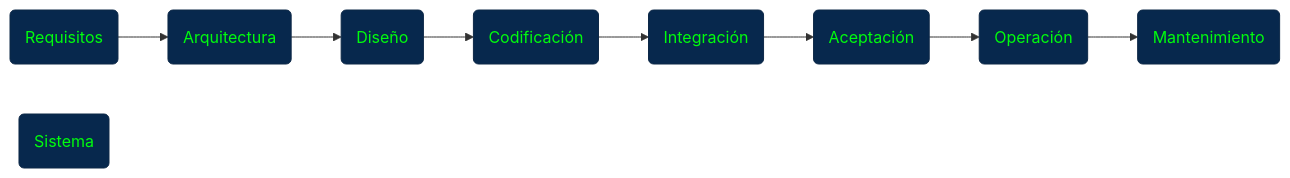
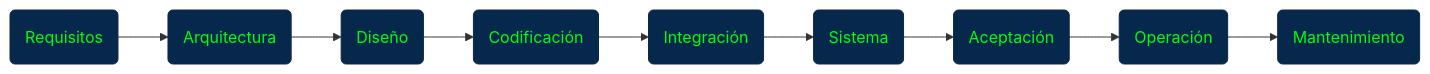
Before and after one commit to JhalexR/learning-journey: diagram 18 of 22 in Knowledge Base/1 Fundamentos Esenciales/3. Conceptos Intermedios/40 - 49/49 Testing y Calidad del Código.md, drawn with Mermaid. The commit also changed other lines of this file, not shown here.

````diff
--- a/Knowledge Base/1 Fundamentos Esenciales/3. Conceptos Intermedios/40 - 49/49 Testing y Calidad del Código.md
+++ b/Knowledge Base/1 Fundamentos Esenciales/3. Conceptos Intermedios/40 - 49/49 Testing y Calidad del Código.md
@@ -1105,26 +1107,26 @@
 ```mermaid
 
 flowchart LR
 
 A(Requisitos)
 B(Arquitectura)
 C(Diseño)
 D(Codificación)
 E(Integración)
 F(Sistema)
 G(Aceptación)
 H(Operación)
 I(Mantenimiento)
 
-A --> B --> C --> D --> E --> G --> H --> I
+A --> B --> C --> D --> E --> F --> G --> H --> I
 
 style A fill:#07284d,stroke:#0d2847,stroke-width:1px,color:#00fc0d;
 style B fill:#07284d,stroke:#0d2847,stroke-width:1px,color:#00fc0d;
 style C fill:#07284d,stroke:#0d2847,stroke-width:1px,color:#00fc0d;
 style D fill:#07284d,stroke:#0d2847,stroke-width:1px,color:#00fc0d;
 style E fill:#07284d,stroke:#0d2847,stroke-width:1px,color:#00fc0d;
 style F fill:#07284d,stroke:#0d2847,stroke-width:1px,color:#00fc0d;
 style G fill:#07284d,stroke:#0d2847,stroke-width:1px,color:#00fc0d;
 style H fill:#07284d,stroke:#0d2847,stroke-width:1px,color:#00fc0d;
 style I fill:#07284d,stroke:#0d2847,stroke-width:1px,color:#00fc0d;
 ```
````
